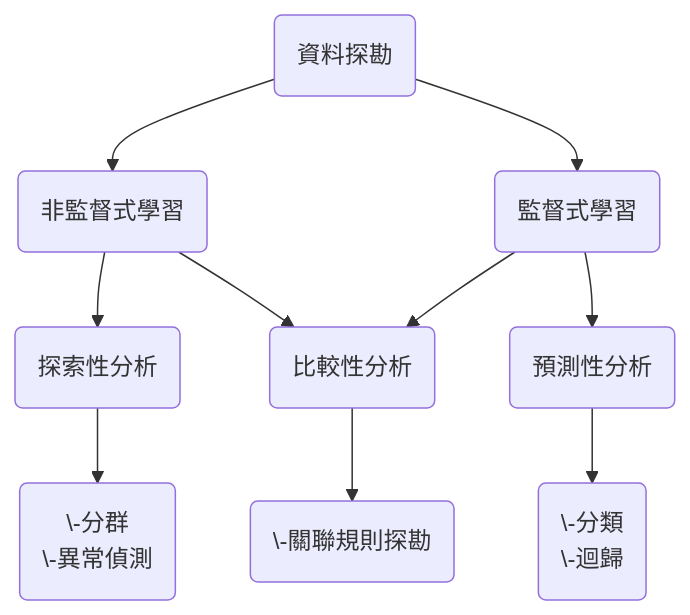
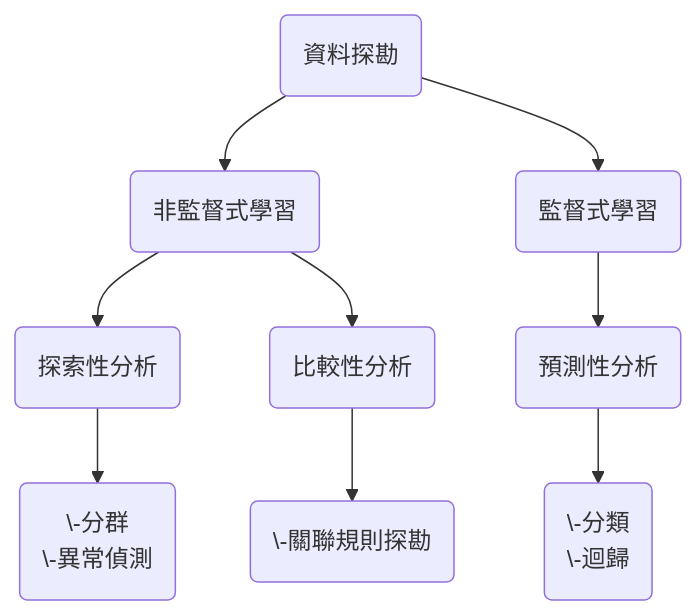
One commit to Emily-Hsu2004/edu-data-mining- changed the diagram in 筆記/2025-2-26課堂筆記.md. Above: the diagram before and after it, drawn with Mermaid.

````diff
--- a/筆記/2025-2-26課堂筆記.md
+++ b/筆記/2025-2-26課堂筆記.md
@@ -18,17 +18,16 @@
 ```mermaid
 graph TD;
     A(資料探勘) --> B(非監督式學習)
     A --> C(監督式學習)
 	
 	B --> E(探索性分析)
     B --> D(比較性分析)
-    C --> D(比較性分析)
     
     E --> F(\-分群<br>\-異常偵測)
 
     C --> H(預測性分析)
     H --> I(\-分類<br>\-迴歸)
     
     D --> K(\-關聯規則探勘)
 
 ```
````
